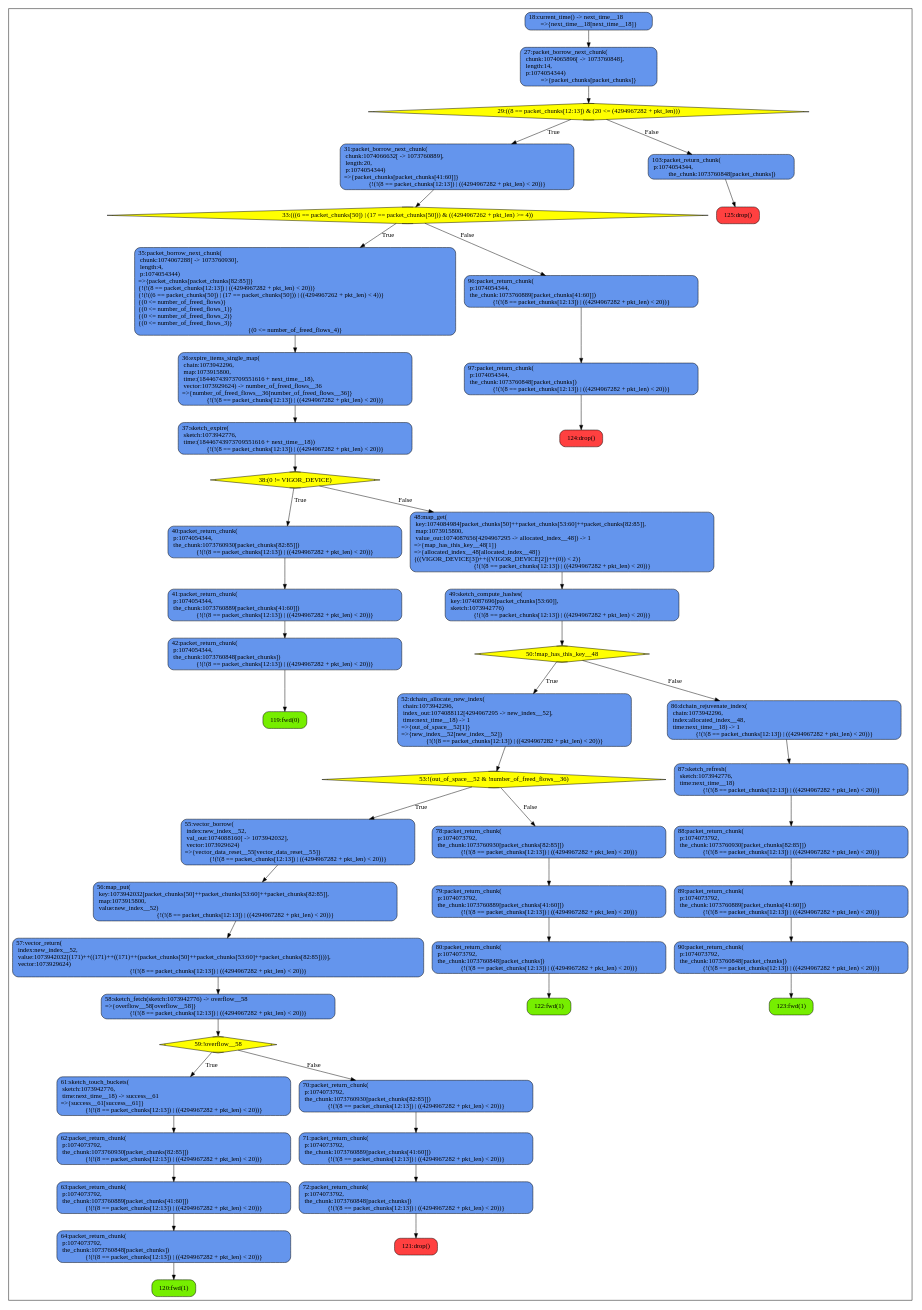
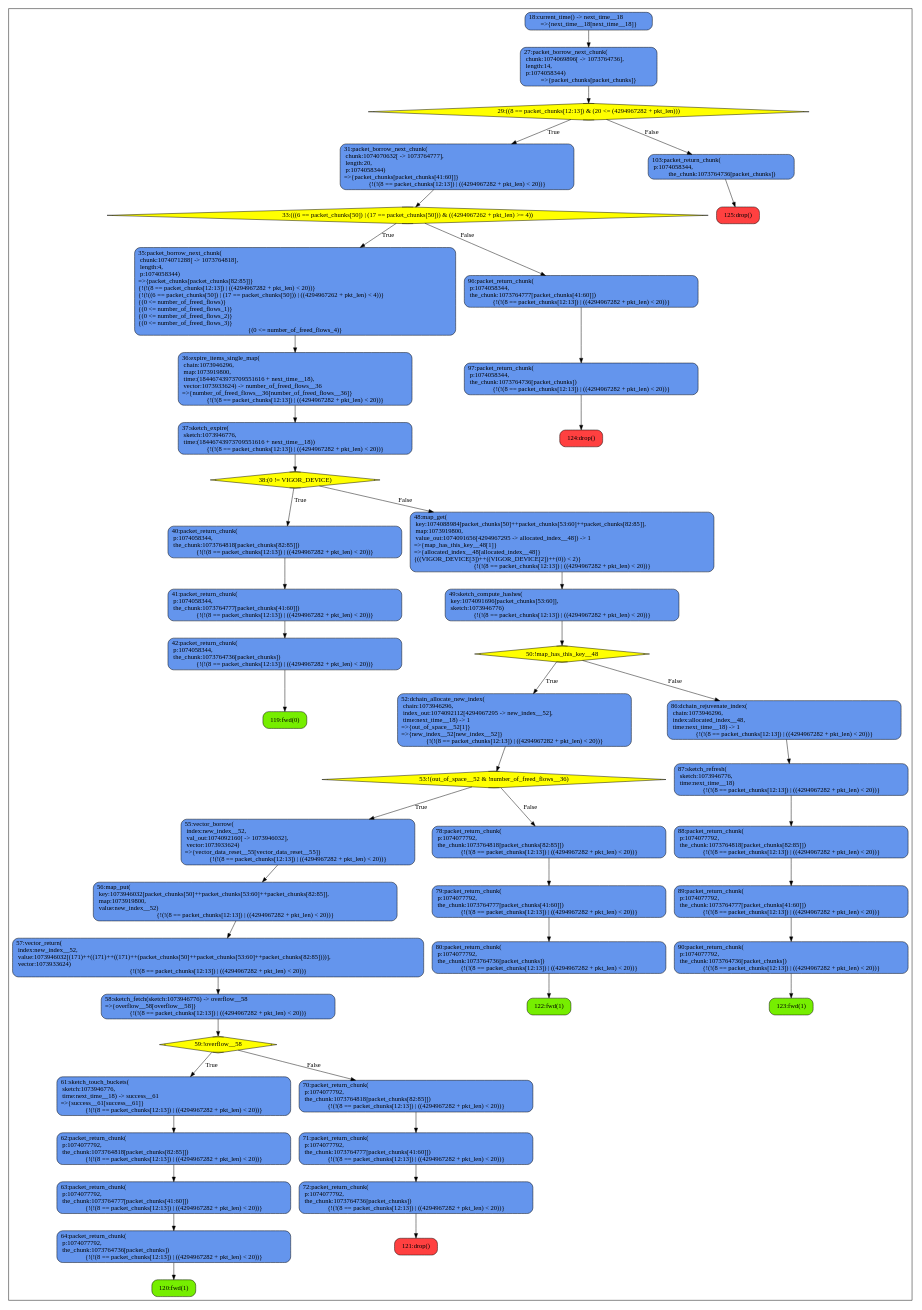
The diagram in bdds/cl.gv (gui-baeta/synapse), drawn with Graphviz before and after one commit. The commit also changed 45 other files, not shown here.

```diff
--- a/bdds/cl.gv
+++ b/bdds/cl.gv
@@ -3,95 +3,95 @@
 	subgraph clusterprocess {
 		node [style="rounded,filled",color=black];
 		119 [label="119:fwd(0)", fillcolor="chartreuse2"];
-		42 [label="42:packet_return_chunk(\l  p:1074054344,\l  the_chunk:1073760848[packet_chunks])\l{!(!(8 == packet_chunks[12:13]) | ((4294967282 + pkt_len) < 20))}", fillcolor="cornflowerblue"];
+		42 [label="42:packet_return_chunk(\l  p:1074058344,\l  the_chunk:1073764736[packet_chunks])\l{!(!(8 == packet_chunks[12:13]) | ((4294967282 + pkt_len) < 20))}", fillcolor="cornflowerblue"];
 		42 -> 119;
-		41 [label="41:packet_return_chunk(\l  p:1074054344,\l  the_chunk:1073760889[packet_chunks[41:60]])\l{!(!(8 == packet_chunks[12:13]) | ((4294967282 + pkt_len) < 20))}", fillcolor="cornflowerblue"];
+		41 [label="41:packet_return_chunk(\l  p:1074058344,\l  the_chunk:1073764777[packet_chunks[41:60]])\l{!(!(8 == packet_chunks[12:13]) | ((4294967282 + pkt_len) < 20))}", fillcolor="cornflowerblue"];
 		41 -> 42;
-		40 [label="40:packet_return_chunk(\l  p:1074054344,\l  the_chunk:1073760930[packet_chunks[82:85]])\l{!(!(8 == packet_chunks[12:13]) | ((4294967282 + pkt_len) < 20))}", fillcolor="cornflowerblue"];
+		40 [label="40:packet_return_chunk(\l  p:1074058344,\l  the_chunk:1073764818[packet_chunks[82:85]])\l{!(!(8 == packet_chunks[12:13]) | ((4294967282 + pkt_len) < 20))}", fillcolor="cornflowerblue"];
 		40 -> 41;
 		120 [label="120:fwd(1)", fillcolor="chartreuse2"];
-		64 [label="64:packet_return_chunk(\l  p:1074073792,\l  the_chunk:1073760848[packet_chunks])\l{!(!(8 == packet_chunks[12:13]) | ((4294967282 + pkt_len) < 20))}", fillcolor="cornflowerblue"];
+		64 [label="64:packet_return_chunk(\l  p:1074077792,\l  the_chunk:1073764736[packet_chunks])\l{!(!(8 == packet_chunks[12:13]) | ((4294967282 + pkt_len) < 20))}", fillcolor="cornflowerblue"];
 		64 -> 120;
-		63 [label="63:packet_return_chunk(\l  p:1074073792,\l  the_chunk:1073760889[packet_chunks[41:60]])\l{!(!(8 == packet_chunks[12:13]) | ((4294967282 + pkt_len) < 20))}", fillcolor="cornflowerblue"];
+		63 [label="63:packet_return_chunk(\l  p:1074077792,\l  the_chunk:1073764777[packet_chunks[41:60]])\l{!(!(8 == packet_chunks[12:13]) | ((4294967282 + pkt_len) < 20))}", fillcolor="cornflowerblue"];
 		63 -> 64;
-		62 [label="62:packet_return_chunk(\l  p:1074073792,\l  the_chunk:1073760930[packet_chunks[82:85]])\l{!(!(8 == packet_chunks[12:13]) | ((4294967282 + pkt_len) < 20))}", fillcolor="cornflowerblue"];
+		62 [label="62:packet_return_chunk(\l  p:1074077792,\l  the_chunk:1073764818[packet_chunks[82:85]])\l{!(!(8 == packet_chunks[12:13]) | ((4294967282 + pkt_len) < 20))}", fillcolor="cornflowerblue"];
 		62 -> 63;
-		61 [label="61:sketch_touch_buckets(\l  sketch:1073942776,\l  time:next_time__18) -> success__61\l=>{success__61[success__61]}\l{!(!(8 == packet_chunks[12:13]) | ((4294967282 + pkt_len) < 20))}", fillcolor="cornflowerblue"];
+		61 [label="61:sketch_touch_buckets(\l  sketch:1073946776,\l  time:next_time__18) -> success__61\l=>{success__61[success__61]}\l{!(!(8 == packet_chunks[12:13]) | ((4294967282 + pkt_len) < 20))}", fillcolor="cornflowerblue"];
 		61 -> 62;
 		121 [label="121:drop()", fillcolor="brown1"];
-		72 [label="72:packet_return_chunk(\l  p:1074073792,\l  the_chunk:1073760848[packet_chunks])\l{!(!(8 == packet_chunks[12:13]) | ((4294967282 + pkt_len) < 20))}", fillcolor="cornflowerblue"];
+		72 [label="72:packet_return_chunk(\l  p:1074077792,\l  the_chunk:1073764736[packet_chunks])\l{!(!(8 == packet_chunks[12:13]) | ((4294967282 + pkt_len) < 20))}", fillcolor="cornflowerblue"];
 		72 -> 121;
-		71 [label="71:packet_return_chunk(\l  p:1074073792,\l  the_chunk:1073760889[packet_chunks[41:60]])\l{!(!(8 == packet_chunks[12:13]) | ((4294967282 + pkt_len) < 20))}", fillcolor="cornflowerblue"];
+		71 [label="71:packet_return_chunk(\l  p:1074077792,\l  the_chunk:1073764777[packet_chunks[41:60]])\l{!(!(8 == packet_chunks[12:13]) | ((4294967282 + pkt_len) < 20))}", fillcolor="cornflowerblue"];
 		71 -> 72;
-		70 [label="70:packet_return_chunk(\l  p:1074073792,\l  the_chunk:1073760930[packet_chunks[82:85]])\l{!(!(8 == packet_chunks[12:13]) | ((4294967282 + pkt_len) < 20))}", fillcolor="cornflowerblue"];
+		70 [label="70:packet_return_chunk(\l  p:1074077792,\l  the_chunk:1073764818[packet_chunks[82:85]])\l{!(!(8 == packet_chunks[12:13]) | ((4294967282 + pkt_len) < 20))}", fillcolor="cornflowerblue"];
 		70 -> 71;
 		59 [shape=Mdiamond, label="59:!overflow__58", fillcolor="yellow"];
 		59 -> 61 [label="True"];
 		59 -> 70 [label="False"];
-		58 [label="58:sketch_fetch(sketch:1073942776) -> overflow__58\l=>{overflow__58[overflow__58]}\l{!(!(8 == packet_chunks[12:13]) | ((4294967282 + pkt_len) < 20))}", fillcolor="cornflowerblue"];
+		58 [label="58:sketch_fetch(sketch:1073946776) -> overflow__58\l=>{overflow__58[overflow__58]}\l{!(!(8 == packet_chunks[12:13]) | ((4294967282 + pkt_len) < 20))}", fillcolor="cornflowerblue"];
 		58 -> 59;
-		57 [label="57:vector_return(\l  index:new_index__52,\l  value:1073942032[(171)++((171)++((171)++(packet_chunks[50]++packet_chunks[53:60]++packet_chunks[82:85])))],\l  vector:1073929624)\l{!(!(8 == packet_chunks[12:13]) | ((4294967282 + pkt_len) < 20))}", fillcolor="cornflowerblue"];
+		57 [label="57:vector_return(\l  index:new_index__52,\l  value:1073946032[(171)++((171)++((171)++(packet_chunks[50]++packet_chunks[53:60]++packet_chunks[82:85])))],\l  vector:1073933624)\l{!(!(8 == packet_chunks[12:13]) | ((4294967282 + pkt_len) < 20))}", fillcolor="cornflowerblue"];
 		57 -> 58;
-		56 [label="56:map_put(\l  key:1073942032[packet_chunks[50]++packet_chunks[53:60]++packet_chunks[82:85]],\l  map:1073915800,\l  value:new_index__52)\l{!(!(8 == packet_chunks[12:13]) | ((4294967282 + pkt_len) < 20))}", fillcolor="cornflowerblue"];
+		56 [label="56:map_put(\l  key:1073946032[packet_chunks[50]++packet_chunks[53:60]++packet_chunks[82:85]],\l  map:1073919800,\l  value:new_index__52)\l{!(!(8 == packet_chunks[12:13]) | ((4294967282 + pkt_len) < 20))}", fillcolor="cornflowerblue"];
 		56 -> 57;
-		55 [label="55:vector_borrow(\l  index:new_index__52,\l  val_out:1074088160[ -> 1073942032],\l  vector:1073929624)\l=>{vector_data_reset__55[vector_data_reset__55]}\l{!(!(8 == packet_chunks[12:13]) | ((4294967282 + pkt_len) < 20))}", fillcolor="cornflowerblue"];
+		55 [label="55:vector_borrow(\l  index:new_index__52,\l  val_out:1074092160[ -> 1073946032],\l  vector:1073933624)\l=>{vector_data_reset__55[vector_data_reset__55]}\l{!(!(8 == packet_chunks[12:13]) | ((4294967282 + pkt_len) < 20))}", fillcolor="cornflowerblue"];
 		55 -> 56;
 		122 [label="122:fwd(1)", fillcolor="chartreuse2"];
-		80 [label="80:packet_return_chunk(\l  p:1074073792,\l  the_chunk:1073760848[packet_chunks])\l{!(!(8 == packet_chunks[12:13]) | ((4294967282 + pkt_len) < 20))}", fillcolor="cornflowerblue"];
+		80 [label="80:packet_return_chunk(\l  p:1074077792,\l  the_chunk:1073764736[packet_chunks])\l{!(!(8 == packet_chunks[12:13]) | ((4294967282 + pkt_len) < 20))}", fillcolor="cornflowerblue"];
 		80 -> 122;
-		79 [label="79:packet_return_chunk(\l  p:1074073792,\l  the_chunk:1073760889[packet_chunks[41:60]])\l{!(!(8 == packet_chunks[12:13]) | ((4294967282 + pkt_len) < 20))}", fillcolor="cornflowerblue"];
+		79 [label="79:packet_return_chunk(\l  p:1074077792,\l  the_chunk:1073764777[packet_chunks[41:60]])\l{!(!(8 == packet_chunks[12:13]) | ((4294967282 + pkt_len) < 20))}", fillcolor="cornflowerblue"];
 		79 -> 80;
-		78 [label="78:packet_return_chunk(\l  p:1074073792,\l  the_chunk:1073760930[packet_chunks[82:85]])\l{!(!(8 == packet_chunks[12:13]) | ((4294967282 + pkt_len) < 20))}", fillcolor="cornflowerblue"];
+		78 [label="78:packet_return_chunk(\l  p:1074077792,\l  the_chunk:1073764818[packet_chunks[82:85]])\l{!(!(8 == packet_chunks[12:13]) | ((4294967282 + pkt_len) < 20))}", fillcolor="cornflowerblue"];
 		78 -> 79;
 		53 [shape=Mdiamond, label="53:!(out_of_space__52 & !number_of_freed_flows__36)", fillcolor="yellow"];
 		53 -> 55 [label="True"];
 		53 -> 78 [label="False"];
-		52 [label="52:dchain_allocate_new_index(\l  chain:1073942296,\l  index_out:1074088112[4294967295 -> new_index__52],\l  time:next_time__18) -> 1\l=>{out_of_space__52[1]}\l=>{new_index__52[new_index__52]}\l{!(!(8 == packet_chunks[12:13]) | ((4294967282 + pkt_len) < 20))}", fillcolor="cornflowerblue"];
+		52 [label="52:dchain_allocate_new_index(\l  chain:1073946296,\l  index_out:1074092112[4294967295 -> new_index__52],\l  time:next_time__18) -> 1\l=>{out_of_space__52[1]}\l=>{new_index__52[new_index__52]}\l{!(!(8 == packet_chunks[12:13]) | ((4294967282 + pkt_len) < 20))}", fillcolor="cornflowerblue"];
 		52 -> 53;
 		123 [label="123:fwd(1)", fillcolor="chartreuse2"];
-		90 [label="90:packet_return_chunk(\l  p:1074073792,\l  the_chunk:1073760848[packet_chunks])\l{!(!(8 == packet_chunks[12:13]) | ((4294967282 + pkt_len) < 20))}", fillcolor="cornflowerblue"];
+		90 [label="90:packet_return_chunk(\l  p:1074077792,\l  the_chunk:1073764736[packet_chunks])\l{!(!(8 == packet_chunks[12:13]) | ((4294967282 + pkt_len) < 20))}", fillcolor="cornflowerblue"];
 		90 -> 123;
-		89 [label="89:packet_return_chunk(\l  p:1074073792,\l  the_chunk:1073760889[packet_chunks[41:60]])\l{!(!(8 == packet_chunks[12:13]) | ((4294967282 + pkt_len) < 20))}", fillcolor="cornflowerblue"];
+		89 [label="89:packet_return_chunk(\l  p:1074077792,\l  the_chunk:1073764777[packet_chunks[41:60]])\l{!(!(8 == packet_chunks[12:13]) | ((4294967282 + pkt_len) < 20))}", fillcolor="cornflowerblue"];
 		89 -> 90;
-		88 [label="88:packet_return_chunk(\l  p:1074073792,\l  the_chunk:1073760930[packet_chunks[82:85]])\l{!(!(8 == packet_chunks[12:13]) | ((4294967282 + pkt_len) < 20))}", fillcolor="cornflowerblue"];
+		88 [label="88:packet_return_chunk(\l  p:1074077792,\l  the_chunk:1073764818[packet_chunks[82:85]])\l{!(!(8 == packet_chunks[12:13]) | ((4294967282 + pkt_len) < 20))}", fillcolor="cornflowerblue"];
 		88 -> 89;
-		87 [label="87:sketch_refresh(\l  sketch:1073942776,\l  time:next_time__18)\l{!(!(8 == packet_chunks[12:13]) | ((4294967282 + pkt_len) < 20))}", fillcolor="cornflowerblue"];
+		87 [label="87:sketch_refresh(\l  sketch:1073946776,\l  time:next_time__18)\l{!(!(8 == packet_chunks[12:13]) | ((4294967282 + pkt_len) < 20))}", fillcolor="cornflowerblue"];
 		87 -> 88;
-		86 [label="86:dchain_rejuvenate_index(\l  chain:1073942296,\l  index:allocated_index__48,\l  time:next_time__18) -> 1\l{!(!(8 == packet_chunks[12:13]) | ((4294967282 + pkt_len) < 20))}", fillcolor="cornflowerblue"];
+		86 [label="86:dchain_rejuvenate_index(\l  chain:1073946296,\l  index:allocated_index__48,\l  time:next_time__18) -> 1\l{!(!(8 == packet_chunks[12:13]) | ((4294967282 + pkt_len) < 20))}", fillcolor="cornflowerblue"];
 		86 -> 87;
 		50 [shape=Mdiamond, label="50:!map_has_this_key__48", fillcolor="yellow"];
 		50 -> 52 [label="True"];
 		50 -> 86 [label="False"];
-		49 [label="49:sketch_compute_hashes(\l  key:1074087696[packet_chunks[53:60]],\l  sketch:1073942776)\l{!(!(8 == packet_chunks[12:13]) | ((4294967282 + pkt_len) < 20))}", fillcolor="cornflowerblue"];
+		49 [label="49:sketch_compute_hashes(\l  key:1074091696[packet_chunks[53:60]],\l  sketch:1073946776)\l{!(!(8 == packet_chunks[12:13]) | ((4294967282 + pkt_len) < 20))}", fillcolor="cornflowerblue"];
 		49 -> 50;
-		48 [label="48:map_get(\l  key:1074084984[packet_chunks[50]++packet_chunks[53:60]++packet_chunks[82:85]],\l  map:1073915800,\l  value_out:1074087656[4294967295 -> allocated_index__48]) -> 1\l=>{map_has_this_key__48[1]}\l=>{allocated_index__48[allocated_index__48]}\l{((VIGOR_DEVICE[3])++((VIGOR_DEVICE[2])++(0)) < 2)}\l{!(!(8 == packet_chunks[12:13]) | ((4294967282 + pkt_len) < 20))}", fillcolor="cornflowerblue"];
+		48 [label="48:map_get(\l  key:1074088984[packet_chunks[50]++packet_chunks[53:60]++packet_chunks[82:85]],\l  map:1073919800,\l  value_out:1074091656[4294967295 -> allocated_index__48]) -> 1\l=>{map_has_this_key__48[1]}\l=>{allocated_index__48[allocated_index__48]}\l{((VIGOR_DEVICE[3])++((VIGOR_DEVICE[2])++(0)) < 2)}\l{!(!(8 == packet_chunks[12:13]) | ((4294967282 + pkt_len) < 20))}", fillcolor="cornflowerblue"];
 		48 -> 49;
 		38 [shape=Mdiamond, label="38:(0 != VIGOR_DEVICE)", fillcolor="yellow"];
 		38 -> 40 [label="True"];
 		38 -> 48 [label="False"];
-		37 [label="37:sketch_expire(\l  sketch:1073942776,\l  time:(18446743973709551616 + next_time__18))\l{!(!(8 == packet_chunks[12:13]) | ((4294967282 + pkt_len) < 20))}", fillcolor="cornflowerblue"];
+		37 [label="37:sketch_expire(\l  sketch:1073946776,\l  time:(18446743973709551616 + next_time__18))\l{!(!(8 == packet_chunks[12:13]) | ((4294967282 + pkt_len) < 20))}", fillcolor="cornflowerblue"];
 		37 -> 38;
-		36 [label="36:expire_items_single_map(\l  chain:1073942296,\l  map:1073915800,\l  time:(18446743973709551616 + next_time__18),\l  vector:1073929624) -> number_of_freed_flows__36\l=>{number_of_freed_flows__36[number_of_freed_flows__36]}\l{!(!(8 == packet_chunks[12:13]) | ((4294967282 + pkt_len) < 20))}", fillcolor="cornflowerblue"];
+		36 [label="36:expire_items_single_map(\l  chain:1073946296,\l  map:1073919800,\l  time:(18446743973709551616 + next_time__18),\l  vector:1073933624) -> number_of_freed_flows__36\l=>{number_of_freed_flows__36[number_of_freed_flows__36]}\l{!(!(8 == packet_chunks[12:13]) | ((4294967282 + pkt_len) < 20))}", fillcolor="cornflowerblue"];
 		36 -> 37;
-		35 [label="35:packet_borrow_next_chunk(\l  chunk:1074067288[ -> 1073760930],\l  length:4,\l  p:1074054344)\l=>{packet_chunks[packet_chunks[82:85]]}\l{!(!(8 == packet_chunks[12:13]) | ((4294967282 + pkt_len) < 20))}\l{!(!((6 == packet_chunks[50]) | (17 == packet_chunks[50])) | ((4294967262 + pkt_len) < 4))}\l{(0 <= number_of_freed_flows)}\l{(0 <= number_of_freed_flows_1)}\l{(0 <= number_of_freed_flows_2)}\l{(0 <= number_of_freed_flows_3)}\l{(0 <= number_of_freed_flows_4)}", fillcolor="cornflowerblue"];
+		35 [label="35:packet_borrow_next_chunk(\l  chunk:1074071288[ -> 1073764818],\l  length:4,\l  p:1074058344)\l=>{packet_chunks[packet_chunks[82:85]]}\l{!(!(8 == packet_chunks[12:13]) | ((4294967282 + pkt_len) < 20))}\l{!(!((6 == packet_chunks[50]) | (17 == packet_chunks[50])) | ((4294967262 + pkt_len) < 4))}\l{(0 <= number_of_freed_flows)}\l{(0 <= number_of_freed_flows_1)}\l{(0 <= number_of_freed_flows_2)}\l{(0 <= number_of_freed_flows_3)}\l{(0 <= number_of_freed_flows_4)}", fillcolor="cornflowerblue"];
 		35 -> 36;
 		124 [label="124:drop()", fillcolor="brown1"];
-		97 [label="97:packet_return_chunk(\l  p:1074054344,\l  the_chunk:1073760848[packet_chunks])\l{!(!(8 == packet_chunks[12:13]) | ((4294967282 + pkt_len) < 20))}", fillcolor="cornflowerblue"];
+		97 [label="97:packet_return_chunk(\l  p:1074058344,\l  the_chunk:1073764736[packet_chunks])\l{!(!(8 == packet_chunks[12:13]) | ((4294967282 + pkt_len) < 20))}", fillcolor="cornflowerblue"];
 		97 -> 124;
-		96 [label="96:packet_return_chunk(\l  p:1074054344,\l  the_chunk:1073760889[packet_chunks[41:60]])\l{!(!(8 == packet_chunks[12:13]) | ((4294967282 + pkt_len) < 20))}", fillcolor="cornflowerblue"];
+		96 [label="96:packet_return_chunk(\l  p:1074058344,\l  the_chunk:1073764777[packet_chunks[41:60]])\l{!(!(8 == packet_chunks[12:13]) | ((4294967282 + pkt_len) < 20))}", fillcolor="cornflowerblue"];
 		96 -> 97;
 		33 [shape=Mdiamond, label="33:(((6 == packet_chunks[50]) | (17 == packet_chunks[50])) & ((4294967262 + pkt_len) >= 4))", fillcolor="yellow"];
 		33 -> 35 [label="True"];
 		33 -> 96 [label="False"];
-		31 [label="31:packet_borrow_next_chunk(\l  chunk:1074066632[ -> 1073760889],\l  length:20,\l  p:1074054344)\l=>{packet_chunks[packet_chunks[41:60]]}\l{!(!(8 == packet_chunks[12:13]) | ((4294967282 + pkt_len) < 20))}", fillcolor="cornflowerblue"];
+		31 [label="31:packet_borrow_next_chunk(\l  chunk:1074070632[ -> 1073764777],\l  length:20,\l  p:1074058344)\l=>{packet_chunks[packet_chunks[41:60]]}\l{!(!(8 == packet_chunks[12:13]) | ((4294967282 + pkt_len) < 20))}", fillcolor="cornflowerblue"];
 		31 -> 33;
 		125 [label="125:drop()", fillcolor="brown1"];
-		103 [label="103:packet_return_chunk(\l  p:1074054344,\l  the_chunk:1073760848[packet_chunks])", fillcolor="cornflowerblue"];
+		103 [label="103:packet_return_chunk(\l  p:1074058344,\l  the_chunk:1073764736[packet_chunks])", fillcolor="cornflowerblue"];
 		103 -> 125;
 		29 [shape=Mdiamond, label="29:((8 == packet_chunks[12:13]) & (20 <= (4294967282 + pkt_len)))", fillcolor="yellow"];
 		29 -> 31 [label="True"];
 		29 -> 103 [label="False"];
-		27 [label="27:packet_borrow_next_chunk(\l  chunk:1074065896[ -> 1073760848],\l  length:14,\l  p:1074054344)\l=>{packet_chunks[packet_chunks]}", fillcolor="cornflowerblue"];
+		27 [label="27:packet_borrow_next_chunk(\l  chunk:1074069896[ -> 1073764736],\l  length:14,\l  p:1074058344)\l=>{packet_chunks[packet_chunks]}", fillcolor="cornflowerblue"];
 		27 -> 29;
 		18 [label="18:current_time() -> next_time__18\l=>{next_time__18[next_time__18]}", fillcolor="cornflowerblue"];
 		18 -> 27;
```
